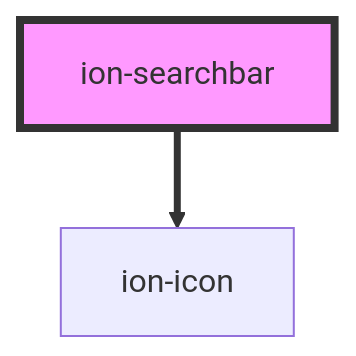
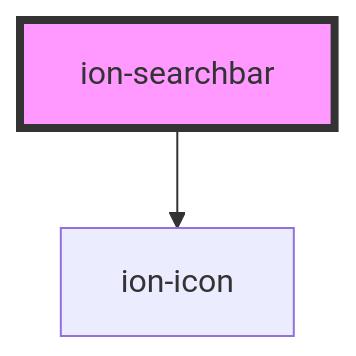
Before and after one commit to ionic-team/ionic-framework: the diagram in core/src/components/searchbar/readme.md, drawn with Mermaid. The commit also changed 39 other files, not shown here.

````diff
--- a/core/src/components/searchbar/readme.md
+++ b/core/src/components/searchbar/readme.md
@@ -238,5 +238,5 @@
 ```mermaid
 graph TD;
-  ion-searchbar ==> ion-icon
+  ion-searchbar --> ion-icon
   style ion-searchbar fill:#f9f,stroke:#333,stroke-width:4px
 ```
````
